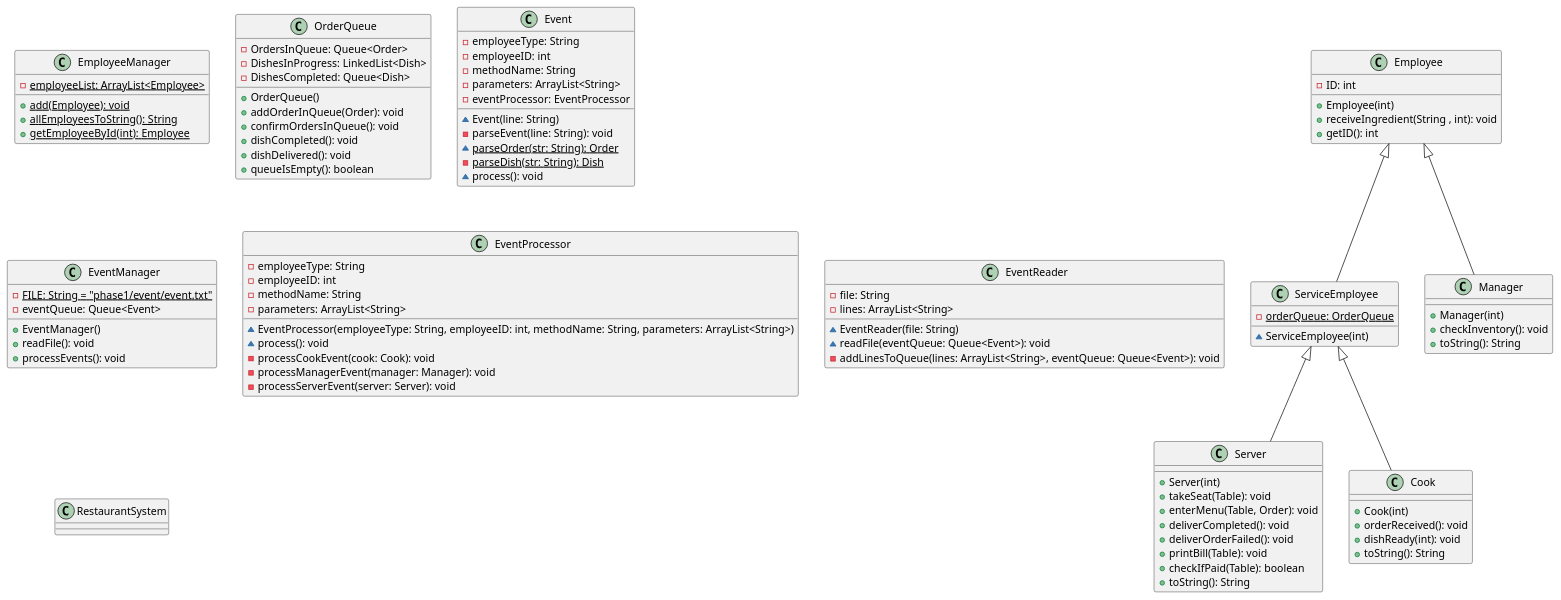
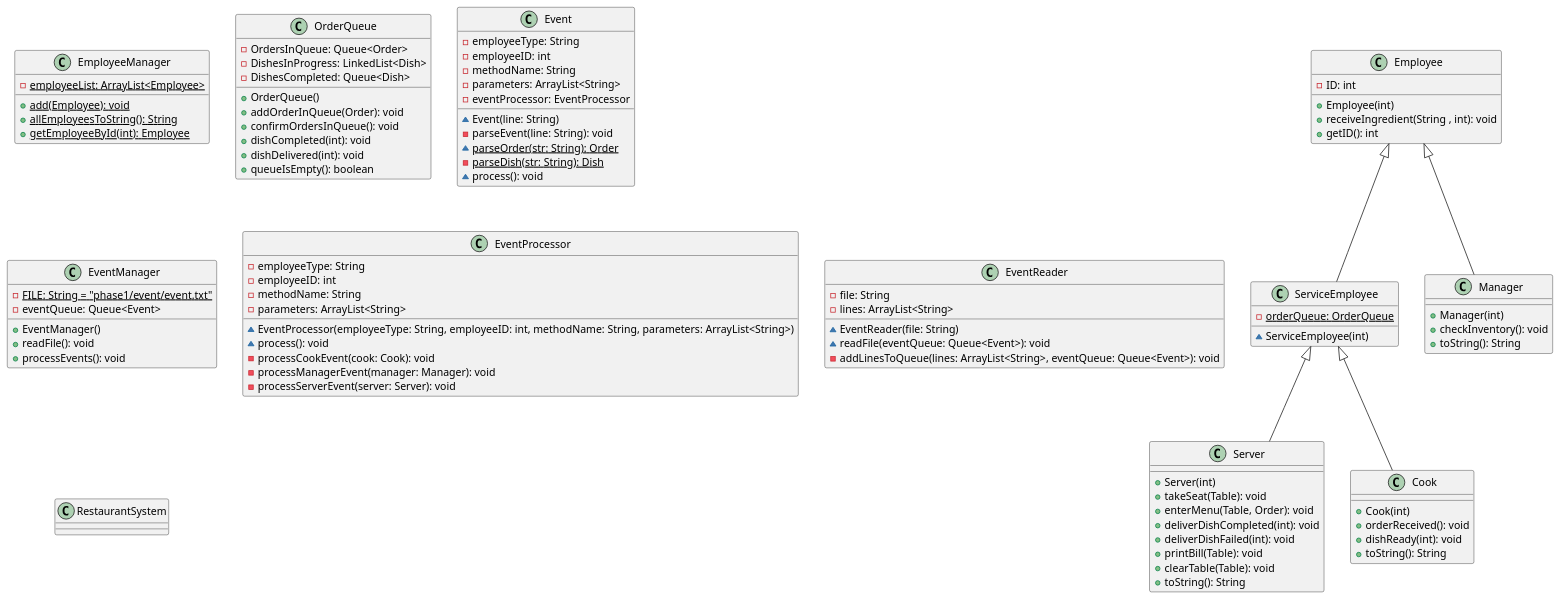
Before and after one commit to billangli/RestaurantSystem: the diagram in phase1/phase1uml.puml, drawn with PlantUML.

Commit message:
Fixed uml for package.employee

```diff
--- a/phase1/phase1uml.puml
+++ b/phase1/phase1uml.puml
@@ -1,101 +1,101 @@
 @startuml
 class EmployeeManager{
 - {static} employeeList: ArrayList<Employee>
 + {static} add(Employee): void
 + {static} allEmployeesToString(): String
 + {static} getEmployeeById(int): Employee
 }
 class OrderQueue{
 - OrdersInQueue: Queue<Order>
 - DishesInProgress: LinkedList<Dish>
 - DishesCompleted: Queue<Dish>
 + OrderQueue()
 + addOrderInQueue(Order): void
 + confirmOrdersInQueue(): void
-+ dishCompleted(): void
-+ dishDelivered(): void
++ dishCompleted(int): void
++ dishDelivered(int): void
 + queueIsEmpty(): boolean
 }
 
 class Employee{
 - ID: int
 + Employee(int)
 + receiveIngredient(String , int): void
 + getID(): int
 }
 class ServiceEmployee {
 - {static} orderQueue: OrderQueue
 ~ ServiceEmployee(int)
 }
 class Server{
 + Server(int)
 + takeSeat(Table): void
 + enterMenu(Table, Order): void
-+ deliverCompleted(): void
-+ deliverOrderFailed(): void
++ deliverDishCompleted(int): void
++ deliverDishFailed(int): void
 + printBill(Table): void
-+ checkIfPaid(Table): boolean
++ clearTable(Table): void
 + toString(): String
 }
 class Cook{
 + Cook(int)
 + orderReceived(): void
 + dishReady(int): void
 + toString(): String
 }
 class Manager{
 + Manager(int)
 + checkInventory(): void
 + toString(): String
 }
 
 Employee <|-- ServiceEmployee
 ServiceEmployee <|-- Cook
 ServiceEmployee <|-- Server
 Employee <|-- Manager
 
 
 class Event{
 - employeeType: String
 - employeeID: int
 - methodName: String
 - parameters: ArrayList<String>
 - eventProcessor: EventProcessor
 ~ Event(line: String)
 - parseEvent(line: String): void
 ~ {static} parseOrder(str: String): Order
 - {static} parseDish(str: String): Dish
 ~ process(): void
 }
 
 class EventManager{
 - {static} FILE: String = "phase1/event/event.txt"
 - eventQueue: Queue<Event>
 + EventManager()
 + readFile(): void
 + processEvents(): void
 }
 
 class EventProcessor{
 - employeeType: String
 - employeeID: int
 - methodName: String
 - parameters: ArrayList<String>
 ~ EventProcessor(employeeType: String, employeeID: int, methodName: String, parameters: ArrayList<String>)
 ~ process(): void
 - processCookEvent(cook: Cook): void
 - processManagerEvent(manager: Manager): void
 - processServerEvent(server: Server): void
 }
 
 class EventReader{
 - file: String
 - lines: ArrayList<String>
 ~ EventReader(file: String)
 ~ readFile(eventQueue: Queue<Event>): void
 - addLinesToQueue(lines: ArrayList<String>, eventQueue: Queue<Event>): void
 }
 
 class RestaurantSystem{
 }
 @enduml
```
